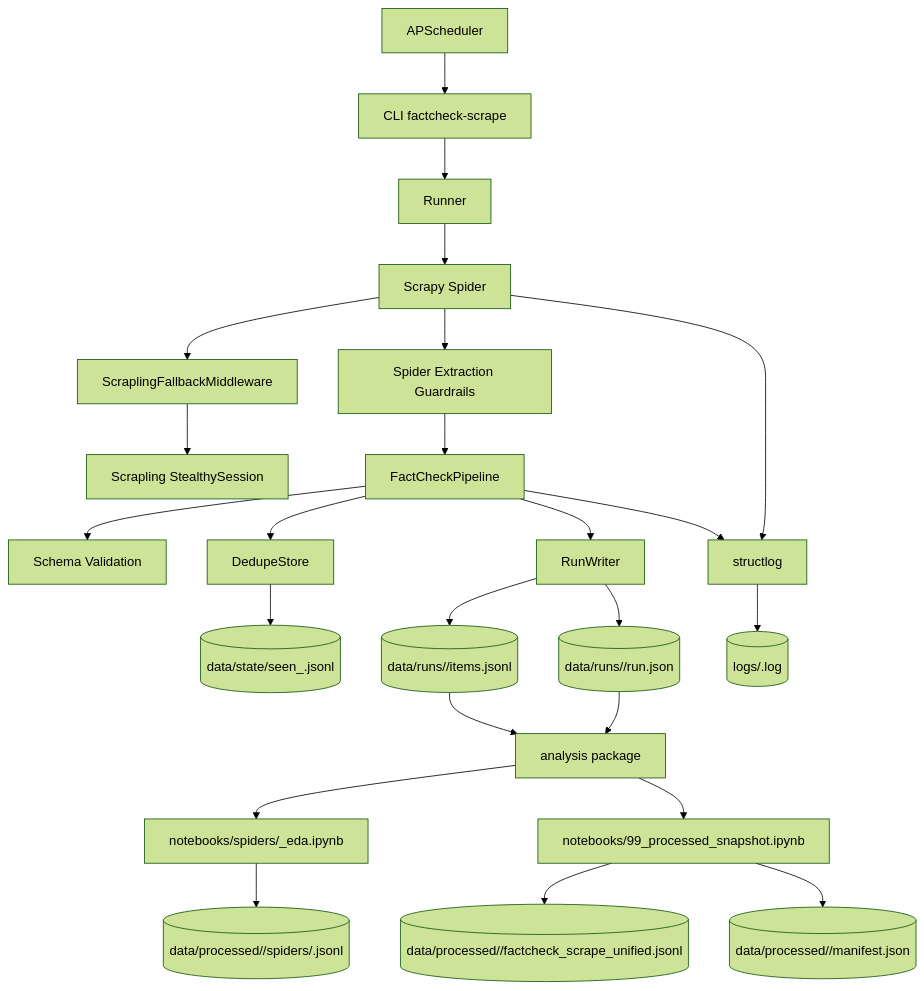
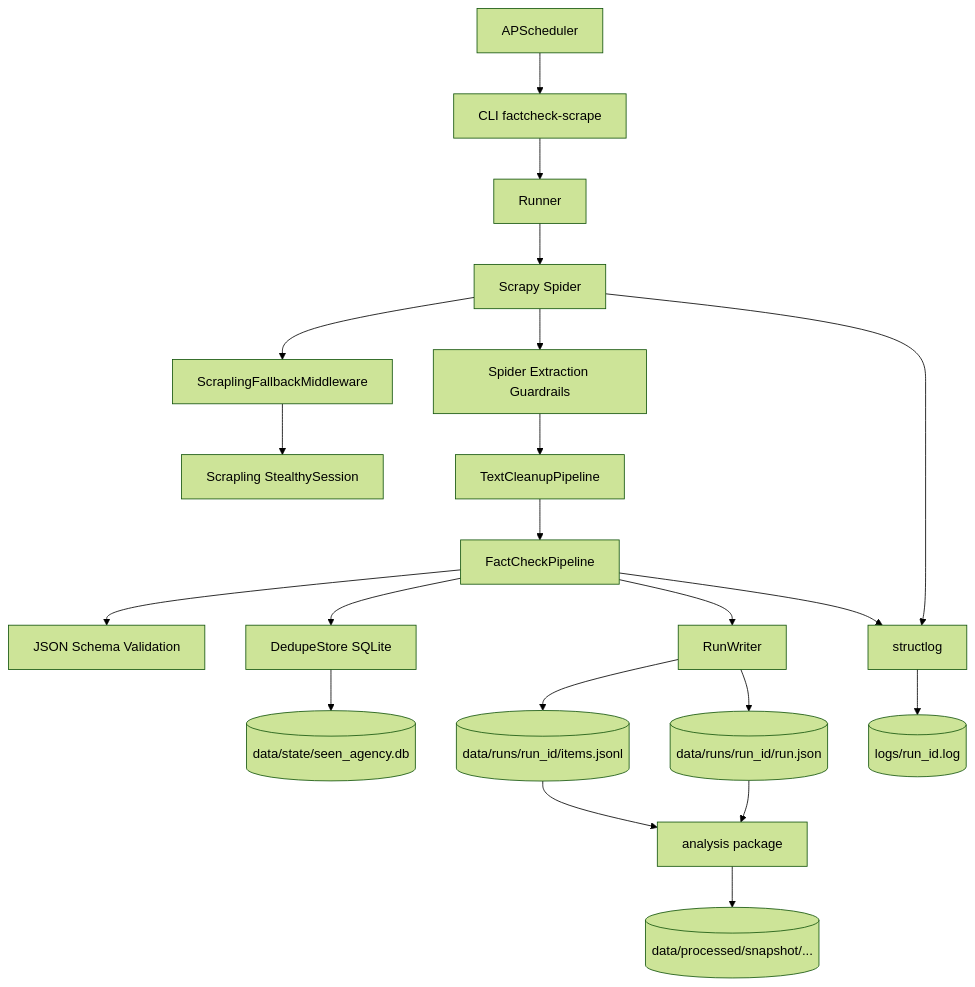
One commit to almeidadm/fact-checking-scraper changed the diagram in docs/design.md. Above: the diagram before and after it, drawn with Mermaid (forest theme). The commit also changed other lines of this file and 3 other files, not shown here.

````diff
--- a/docs/design.md
+++ b/docs/design.md
@@ -13,26 +17,23 @@
 ```mermaid
 graph TD
     CLI[CLI factcheck-scrape] --> Runner[Runner]
     Scheduler[APScheduler] --> CLI
     Runner --> Scrapy[Scrapy Spider]
     Scrapy --> Middleware[ScraplingFallbackMiddleware]
     Middleware --> Scrapling[Scrapling StealthySession]
     Scrapy --> Guardrails[Spider Extraction Guardrails]
-    Guardrails --> Pipeline[FactCheckPipeline]
-    Pipeline --> Schema[Schema Validation]
-    Pipeline --> Dedupe[DedupeStore]
+    Guardrails --> TextCleanup[TextCleanupPipeline]
+    TextCleanup --> Pipeline[FactCheckPipeline]
+    Pipeline --> Schema[JSON Schema Validation]
+    Pipeline --> Dedupe[DedupeStore SQLite]
     Pipeline --> Writer[RunWriter]
-    Dedupe --> State[(data/state/seen_<agency>.jsonl)]
-    Writer --> Items[(data/runs/<run_id>/items.jsonl)]
-    Writer --> Run[(data/runs/<run_id>/run.json)]
-    Logger[structlog] --> Logs[(logs/<run_id>.log)]
+    Dedupe --> State[(data/state/seen_agency.db)]
+    Writer --> Items[(data/runs/run_id/items.jsonl)]
+    Writer --> Run[(data/runs/run_id/run.json)]
+    Logger[structlog] --> Logs[(logs/run_id.log)]
     Scrapy --> Logger
     Pipeline --> Logger
     Items --> Analysis[analysis package]
     Run --> Analysis
-    Analysis --> SpiderNotebooks[notebooks/spiders/<spider>_eda.ipynb]
-    SpiderNotebooks --> SpiderExports[(data/processed/<snapshot_id>/spiders/<spider>.jsonl)]
-    Analysis --> SnapshotNotebook[notebooks/99_processed_snapshot.ipynb]
-    SnapshotNotebook --> Unified[(data/processed/<snapshot_id>/factcheck_scrape_unified.jsonl)]
-    SnapshotNotebook --> Manifest[(data/processed/<snapshot_id>/manifest.json)]
+    Analysis --> Processed[(data/processed/snapshot/...)]
 ```
````
